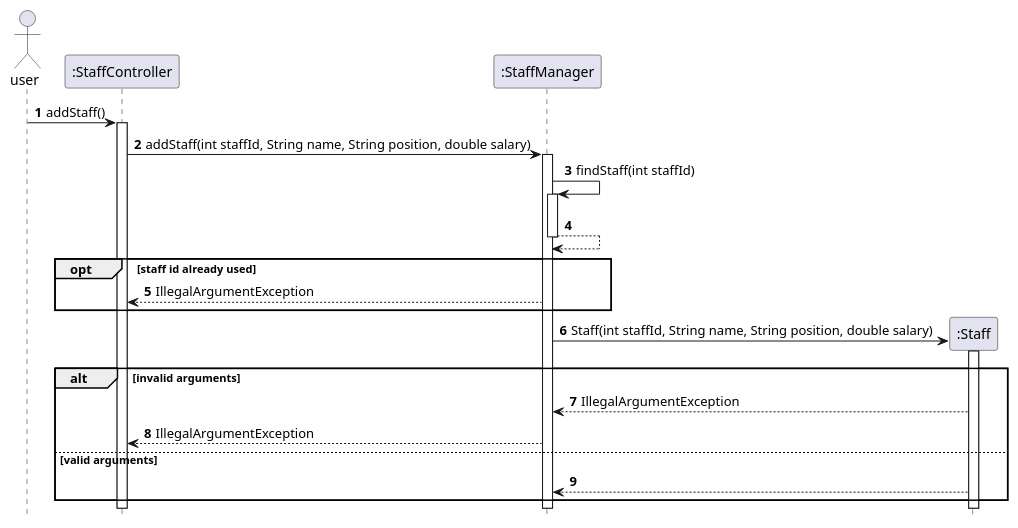
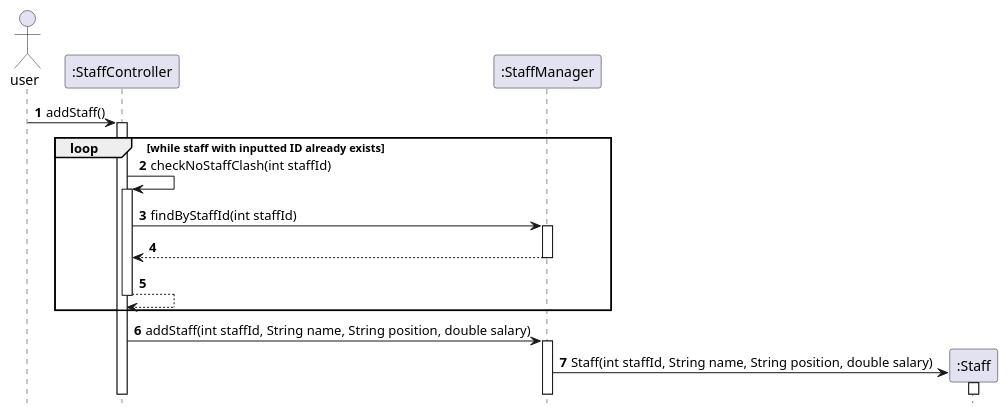
The diagram in docs/uml/sequence/StaffManager_addStaff.puml (nus-cs2113-AY2122S2/tp), drawn with PlantUML before and after one commit. The commit also changed 10 other files, not shown here.

Commit message:
Diagrams for DG

```diff
--- a/docs/uml/sequence/StaffManager_addStaff.puml
+++ b/docs/uml/sequence/StaffManager_addStaff.puml
@@ -1,37 +1,33 @@
 @startuml
 'https://plantuml.com/sequence-diagram
 
 autonumber
 hide footbox
 
 actor user
 participant ":StaffController" as staffcontroller
 participant ":StaffManager" as staffmanager
 participant ":Staff" as staff
 
 
 user -> staffcontroller: addStaff()
 activate staffcontroller
 
+group loop [while staff with inputted ID already exists]
+staffcontroller -> staffcontroller: checkNoStaffClash(int staffId)
+activate staffcontroller
+staffcontroller -> staffmanager: findByStaffId(int staffId)
+activate staffmanager
+staffmanager --> staffcontroller
+deactivate staffmanager
+staffcontroller --> staffcontroller
+deactivate staffcontroller
+end
+
 staffcontroller -> staffmanager: addStaff(int staffId, String name, String position, double salary)
 activate staffmanager
-
-staffmanager -> staffmanager : findStaff(int staffId)
-activate staffmanager
-staffmanager --> staffmanager
-deactivate staffmanager
-
-opt staff id already used
-staffmanager --> staffcontroller : IllegalArgumentException
-end
 
 staffmanager -> staff ** : Staff(int staffId, String name, String position, double salary)
 activate staff
 
-alt invalid arguments
-staff --> staffmanager : IllegalArgumentException
-staffmanager --> staffcontroller : IllegalArgumentException
-else valid arguments
-staff --> staffmanager
-end
 @enduml
```
